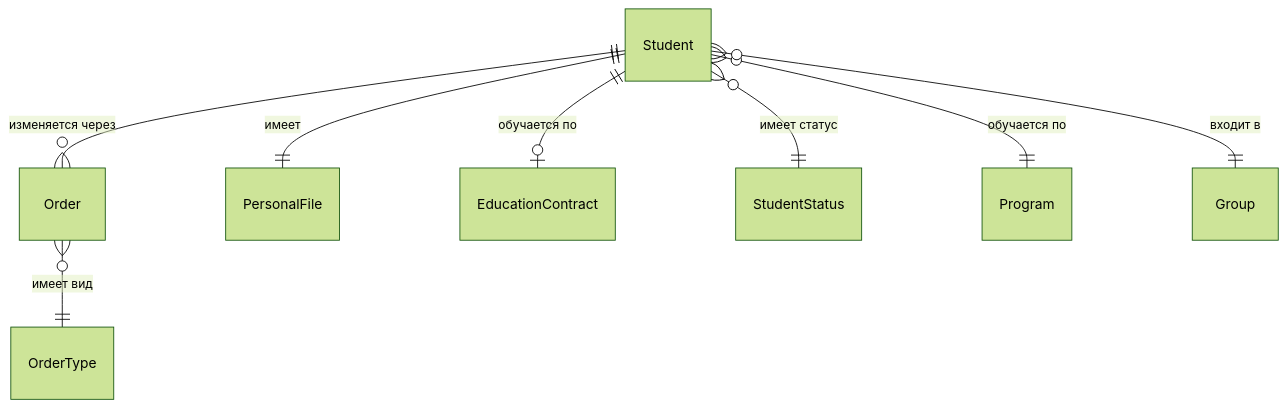
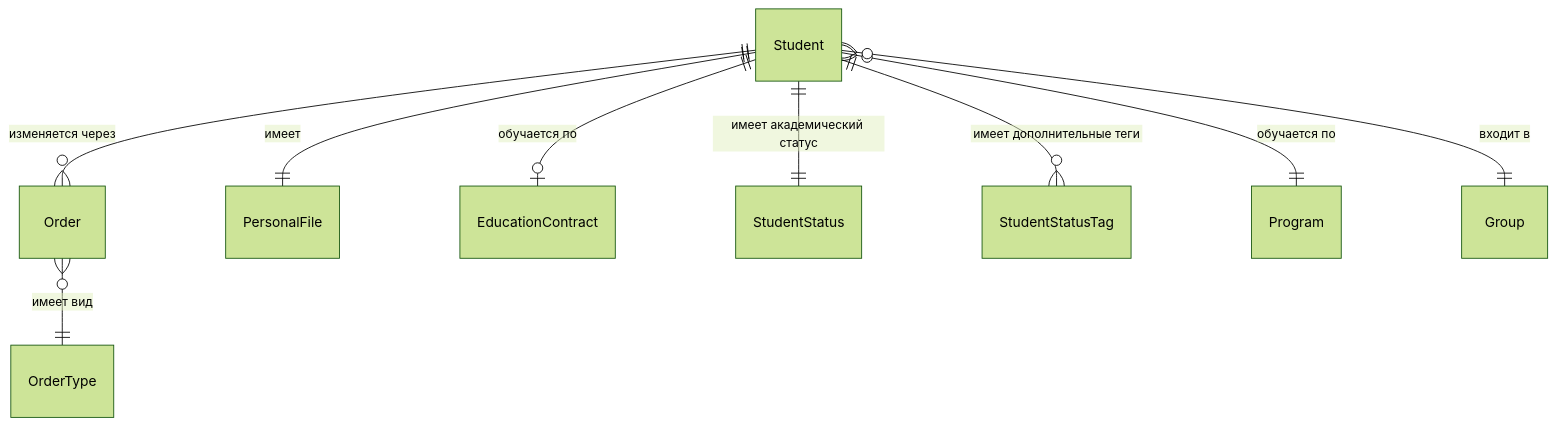
Before and after one commit to iMironRU/edu-framework: the diagram in domains/D05-contingent/data-model/entities.md, drawn with Mermaid (forest theme). The commit also changed other lines of this file and 3 other files, not shown here.

````diff
--- a/domains/D05-contingent/data-model/entities.md
+++ b/domains/D05-contingent/data-model/entities.md
@@ -51,10 +218,11 @@
 ```mermaid
 erDiagram
   Student ||--o{ Order : "изменяется через"
   Student ||--|| PersonalFile : "имеет"
   Student ||--o| EducationContract : "обучается по"
-  Student }o--|| StudentStatus : "имеет статус"
+  Student ||--|| StudentStatus : "имеет академический статус"
+  Student ||--o{ StudentStatusTag : "имеет дополнительные теги"
   Student }o--|| Program : "обучается по"
   Student }o--|| Group : "входит в"
   Order }o--|| OrderType : "имеет вид"
 ```
````
